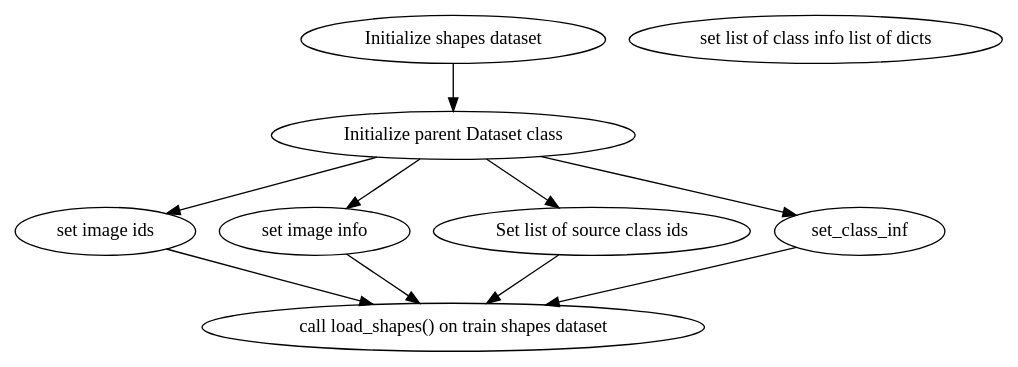
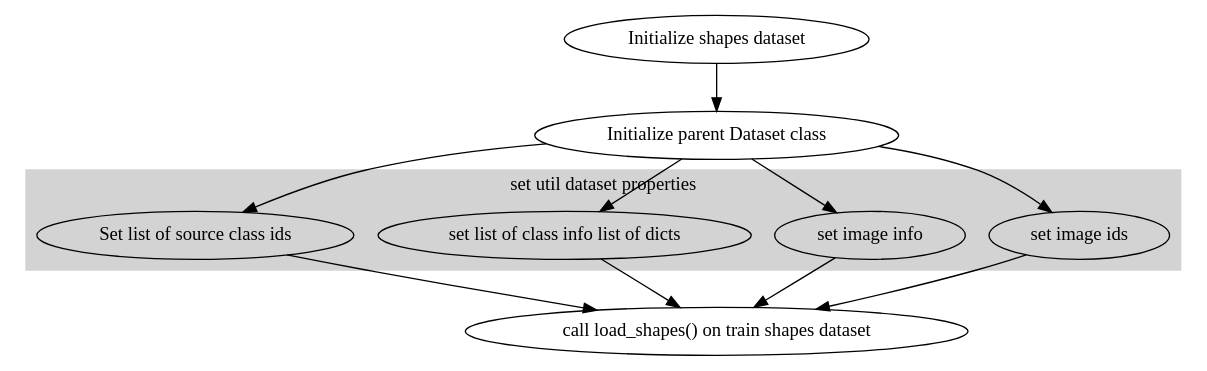
One commit to cao826/graph-maskrcnn-code changed the diagram in stepping-through.dot. Above: the diagram before and after it, drawn with Graphviz.

Commit message:
New ability unlocked: subgraphs (labelling processes)
I can group together nodes to label large processes within the graph.
I will now do this on a more regular baiss. IFrst process labeled

```diff
--- a/stepping-through.dot
+++ b/stepping-through.dot
@@ -1,18 +1,28 @@
 digraph D {
     node [fontname="Comic Sans"]
     
     init_shapes_dataset [label="Initialize shapes dataset"]
     init_util_dataset [label="Initialize parent Dataset class"]
     set_image_ids [label="set image ids"]
     set_image_info [label="set image info"]
     set_class_info [label="set list of class info list of dicts"]
     set_source_class_ids [label="Set list of source class ids"]
     shapedata_load_shapes [label="call load_shapes() on train shapes dataset"]
 
+    /* HERE BEGIN SUBGRAPHS */
+
+    subgraph cluster_0 {
+		style=filled;
+		color=lightgrey;
+		node [style=filled,color=white];
+        {set_image_ids, set_image_info, set_class_info, set_source_class_ids } 
+		label = "set util dataset properties";
+	}
+
 
     /* HERE BEGINS THE GRAPH */
     
     init_shapes_dataset -> init_util_dataset
-    init_util_dataset -> {set_image_ids, set_image_info, set_class_inf, set_source_class_ids} -> shapedata_load_shapes
+    init_util_dataset -> {set_image_ids, set_image_info, set_class_info, set_source_class_ids } -> shapedata_load_shapes
     
 }
```
